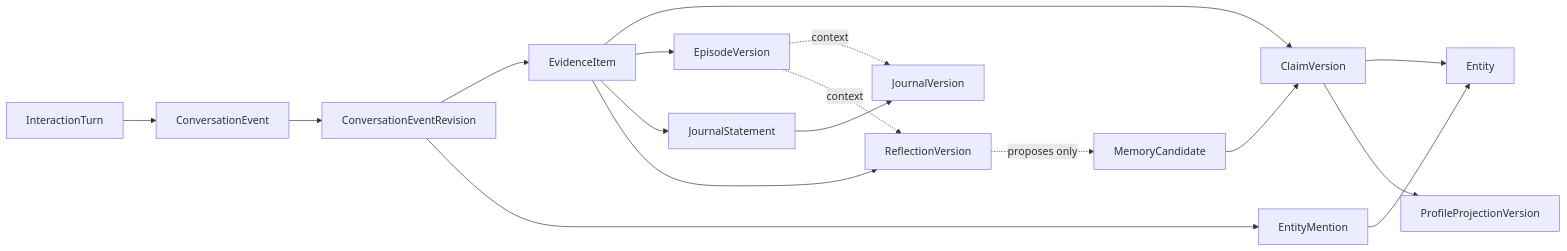
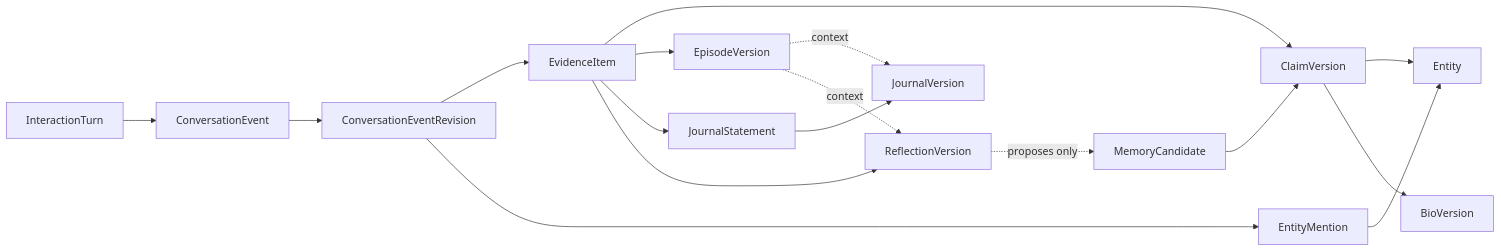
The first of 3 diagrams in docs/architecture/01-06-overview.md (lukemyself-hub/SayHear), drawn with Mermaid before and after one commit. The commit also changed other lines of this file and 26 other files, not shown here.

````diff
--- a/docs/architecture/01-06-overview.md
+++ b/docs/architecture/01-06-overview.md
@@ -317,24 +317,24 @@
 ```mermaid
 flowchart LR
     IT["InteractionTurn"] --> CE["ConversationEvent"]
     CE --> CER["ConversationEventRevision"]
 
     CER --> EI["EvidenceItem"]
     CER --> EM["EntityMention"]
     EM --> EN["Entity"]
 
     EI --> CV["ClaimVersion"]
     CV --> EN
     EI --> EP["EpisodeVersion"]
 
     EI --> JS["JournalStatement"]
     JS --> JV["JournalVersion"]
     EP -. "context" .-> JV
 
     EI --> RV["ReflectionVersion"]
     EP -. "context" .-> RV
     RV -. "proposes only" .-> MC["MemoryCandidate"]
     MC --> CV
 
-    CV --> PP["ProfileProjectionVersion"]
+    CV --> PP["BioVersion"]
 ```
````
